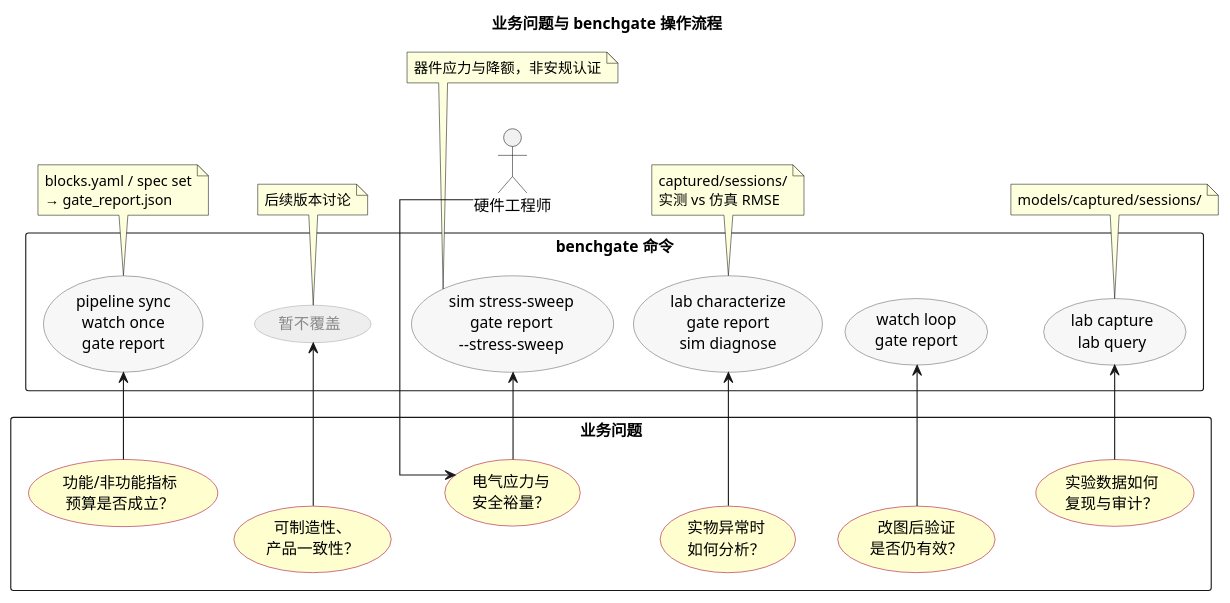
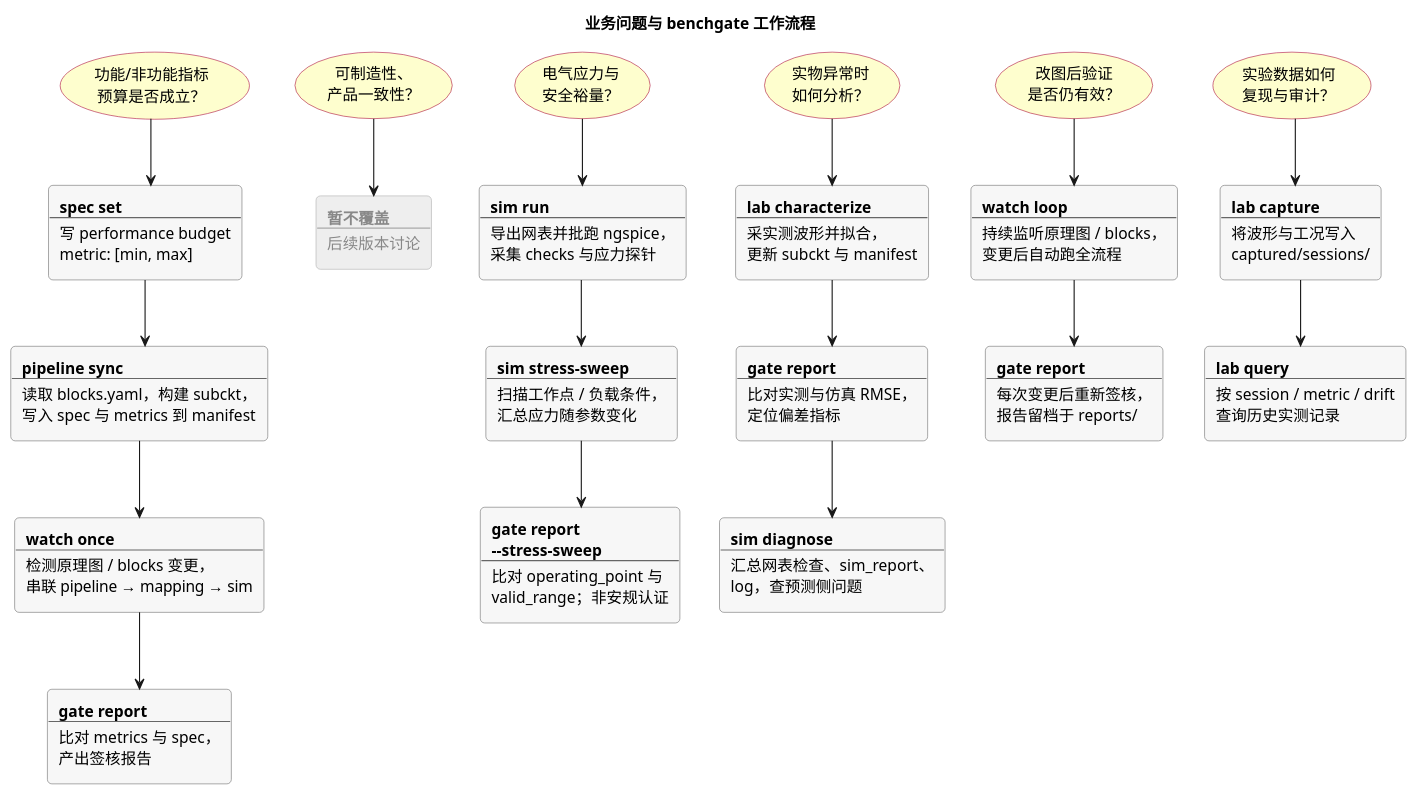
Before and after one commit to zhang1career/benchgate: the diagram in docs/diagrams/cli-usecase.puml, drawn with PlantUML. The commit also changed 2 other files, not shown here.

```diff
--- a/docs/diagrams/cli-usecase.puml
+++ b/docs/diagrams/cli-usecase.puml
@@ -1,89 +1,157 @@
 @startuml
-title 业务问题与 benchgate 操作流程
-left to right direction
+title 业务问题与 benchgate 工作流程
 skinparam shadowing false
 skinparam linetype ortho
-skinparam nodesep 40
-skinparam ranksep 14
-skinparam packageStyle rectangle
+skinparam roundcorner 8
 skinparam usecase {
   BackgroundColor #FEFECE
   BorderColor #A80036
 }
-skinparam usecase<<cmd>> {
-  BackgroundColor #F7F7F7
-  BorderColor #666666
-}
-skinparam usecase<<na>> {
-  BackgroundColor #EEEEEE
-  BorderColor #AAAAAA
-  FontColor #888888
-}
-hide stereotype
 
-actor "硬件工程师" as Eng
+' 六列水平并排；每列顶部=业务问题，其下=命令自上而下
+' 完整 CLI 索引见 command-map.puml
 
-package "业务问题" {
+left to right direction
+
+together {
+  top to bottom direction
   usecase "功能/非功能指标\n预算是否成立？" as P1
-  usecase "可制造性、\n产品一致性？" as P2
-  usecase "电气应力与\n安全裕量？" as P3
-  usecase "实物异常时\n如何分析？" as P4
-  usecase "改图后验证\n是否仍有效？" as P5
-  usecase "实验数据如何\n复现与审计？" as P6
+  rectangle spec #F7F7F7;line:666666 [
+    **spec set**
+    ----
+    写 performance budget
+    metric: [min, max]
+  ]
+  rectangle pipe #F7F7F7;line:666666 [
+    **pipeline sync**
+    ----
+    读取 blocks.yaml，构建 subckt，
+    写入 spec 与 metrics 到 manifest
+  ]
+  rectangle w1 #F7F7F7;line:666666 [
+    **watch once**
+    ----
+    检测原理图 / blocks 变更，
+    串联 pipeline → mapping → sim
+  ]
+  rectangle g1 #F7F7F7;line:666666 [
+    **gate report**
+    ----
+    比对 metrics 与 spec，
+    产出签核报告
+  ]
+  P1 -down-> spec
+  spec -down-> pipe
+  pipe -down-> w1
+  w1 -down-> g1
 }
 
-package "benchgate 命令" {
-  usecase "pipeline sync\nwatch once\ngate report" as S1 <<cmd>>
-  usecase "暂不覆盖" as S2 <<na>>
-  usecase "sim stress-sweep\ngate report\n--stress-sweep" as S3 <<cmd>>
-  usecase "lab characterize\ngate report\nsim diagnose" as S4 <<cmd>>
-  usecase "watch loop\ngate report" as S5 <<cmd>>
-  usecase "lab capture\nlab query" as S6 <<cmd>>
+together {
+  top to bottom direction
+  usecase "可制造性、\n产品一致性？" as P2
+  rectangle na #EEEEEE;line:AAAAAA;text:888888 [
+    **暂不覆盖**
+    ----
+    后续版本讨论
+  ]
+  P2 -down-> na
 }
 
-P1 -right-> S1
-P2 -right-> S2
-P3 -right-> S3
-P4 -right-> S4
-P5 -right-> S5
-P6 -right-> S6
+together {
+  top to bottom direction
+  usecase "电气应力与\n安全裕量？" as P3
+  rectangle sim #F7F7F7;line:666666 [
+    **sim run**
+    ----
+    导出网表并批跑 ngspice，
+    采集 checks 与应力探针
+  ]
+  rectangle ss #F7F7F7;line:666666 [
+    **sim stress-sweep**
+    ----
+    扫描工作点 / 负载条件，
+    汇总应力随参数变化
+  ]
+  rectangle g3 #F7F7F7;line:666666 [
+    **gate report**
+    **--stress-sweep**
+    ----
+    比对 operating_point 与
+    valid_range；非安规认证
+  ]
+  P3 -down-> sim
+  sim -down-> ss
+  ss -down-> g3
+}
 
-P1 -[hidden]down- P2
-P2 -[hidden]down- P3
-P3 -[hidden]down- P4
-P4 -[hidden]down- P5
-P5 -[hidden]down- P6
+together {
+  top to bottom direction
+  usecase "实物异常时\n如何分析？" as P4
+  rectangle lc #F7F7F7;line:666666 [
+    **lab characterize**
+    ----
+    采实测波形并拟合，
+    更新 subckt 与 manifest
+  ]
+  rectangle g4 #F7F7F7;line:666666 [
+    **gate report**
+    ----
+    比对实测与仿真 RMSE，
+    定位偏差指标
+  ]
+  rectangle diag #F7F7F7;line:666666 [
+    **sim diagnose**
+    ----
+    汇总网表检查、sim_report、
+    log，查预测侧问题
+  ]
+  P4 -down-> lc
+  lc -down-> g4
+  g4 -down-> diag
+}
 
-S1 -[hidden]down- S2
-S2 -[hidden]down- S3
-S3 -[hidden]down- S4
-S4 -[hidden]down- S5
-S5 -[hidden]down- S6
+together {
+  top to bottom direction
+  usecase "改图后验证\n是否仍有效？" as P5
+  rectangle wl #F7F7F7;line:666666 [
+    **watch loop**
+    ----
+    持续监听原理图 / blocks，
+    变更后自动跑全流程
+  ]
+  rectangle g5 #F7F7F7;line:666666 [
+    **gate report**
+    ----
+    每次变更后重新签核，
+    报告留档于 reports/
+  ]
+  P5 -down-> wl
+  wl -down-> g5
+}
 
-Eng -right-> P3
-P3 -[hidden]up- P1
-P3 -[hidden]down- P6
+together {
+  top to bottom direction
+  usecase "实验数据如何\n复现与审计？" as P6
+  rectangle cap #F7F7F7;line:666666 [
+    **lab capture**
+    ----
+    将波形与工况写入
+    captured/sessions/
+  ]
+  rectangle lq #F7F7F7;line:666666 [
+    **lab query**
+    ----
+    按 session / metric / drift
+    查询历史实测记录
+  ]
+  P6 -down-> cap
+  cap -down-> lq
+}
 
-note bottom of S1
-  blocks.yaml / spec set
-  → gate_report.json
-end note
-
-note bottom of S2
-  后续版本讨论
-end note
-
-note bottom of S3
-  器件应力与降额，非安规认证
-end note
-
-note bottom of S4
-  captured/sessions/
-  实测 vs 仿真 RMSE
-end note
-
-note bottom of S6
-  models/captured/sessions/
-end note
+P1 -[hidden]right- P2
+P2 -[hidden]right- P3
+P3 -[hidden]right- P4
+P4 -[hidden]right- P5
+P5 -[hidden]right- P6
 
 @enduml
```
